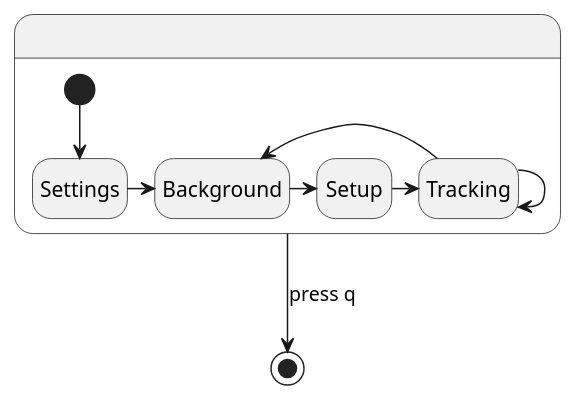
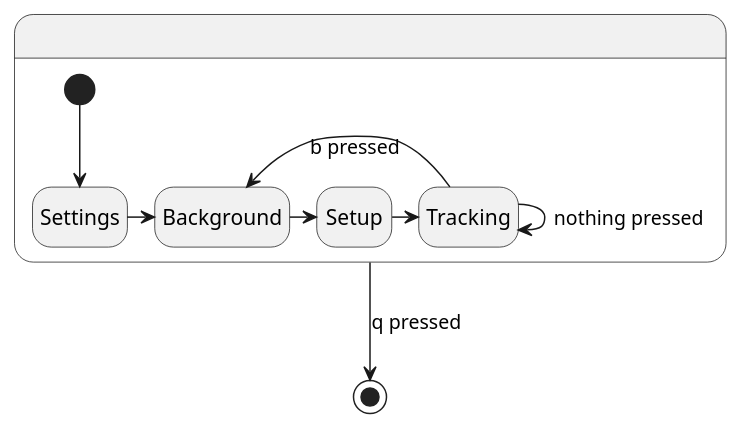
Before and after one commit to NewTec-GmbH/SpaceShipRadar: the diagram in doc/uml/state.puml, drawn with PlantUML.

Commit message:
added info to state diagram

```diff
--- a/doc/uml/state.puml
+++ b/doc/uml/state.puml
@@ -1,20 +1,20 @@
 @startuml state
 hide empty description
 
 state .{
 state Setup
 state Tracking
 state Settings
 state Background
 
 [*] --> Settings
 Settings -> Background
 Background -> Setup
 Setup -> Tracking
-Tracking -> Tracking
-Tracking -> Background
+Tracking -> Tracking : nothing pressed
+Tracking -> Background : b pressed
 }
 
-. --> [*] : press q
+. --> [*] : q pressed
 
 @enduml
```
